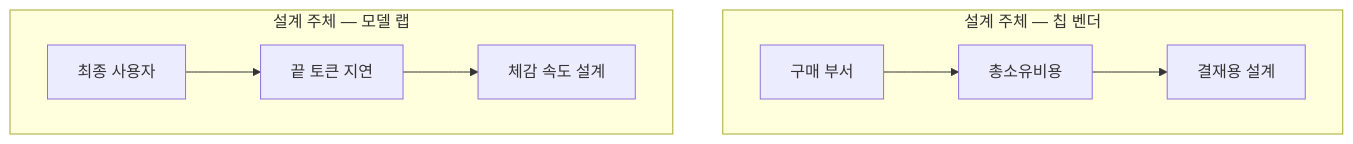
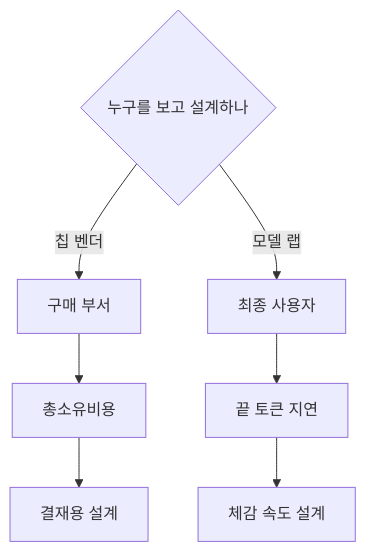
One commit to yohan4477/semi-report changed the first of 7 diagrams in insights/frames/exp/2026-08-27-openai-jalapeno-strategy-opus.md. Above: the diagram before and after it, drawn with Mermaid. The commit also changed other lines of this file and 2 other files, not shown here.

````diff
--- a/insights/frames/exp/2026-08-27-openai-jalapeno-strategy-opus.md
+++ b/insights/frames/exp/2026-08-27-openai-jalapeno-strategy-opus.md
@@ -32,11 +32,10 @@
 ```mermaid
 flowchart TD
-    subgraph V["설계 주체 — 칩 벤더"]
-        V1["구매 부서"] --> V2["총소유비용"]
-        V2 --> V3["결재용 설계"]
-    end
-    subgraph L["설계 주체 — 모델 랩"]
-        L1["최종 사용자"] --> L2["끝 토큰 지연"]
-        L2 --> L3["체감 속도 설계"]
-    end
+    R{"누구를 보고 설계하나"}
+    R -->|칩 벤더| V1["구매 부서"]
+    V1 --> V2["총소유비용"]
+    V2 --> V3["결재용 설계"]
+    R -->|모델 랩| L1["최종 사용자"]
+    L1 --> L2["끝 토큰 지연"]
+    L2 --> L3["체감 속도 설계"]
 ```
````
